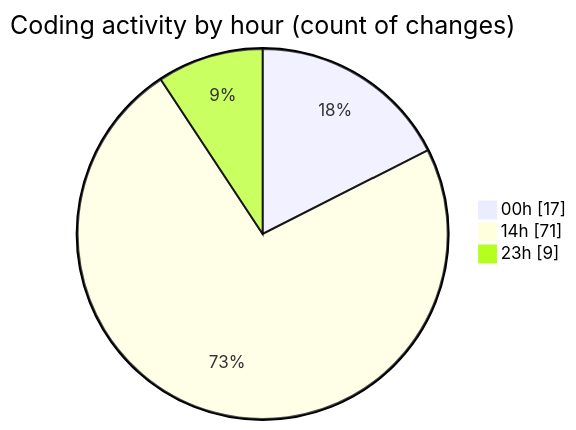
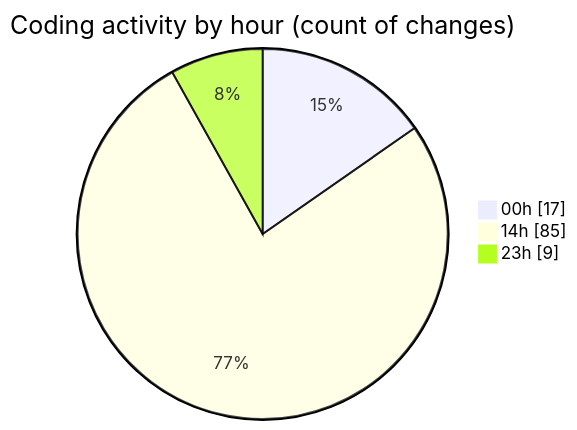
Before and after one commit to Ritupan-Deka/code-tracking: the second of 2 diagrams in 2025-07-20/mern-workoutboard/README.md, drawn with Mermaid. The commit also changed other lines of this file and 1 other file, not shown here.

````diff
--- a/2025-07-20/mern-workoutboard/README.md
+++ b/2025-07-20/mern-workoutboard/README.md
@@ -30,7 +31,7 @@
 ```mermaid
 pie showData
 title Coding activity by hour (count of changes)
 "00h" : 17
-"14h" : 71
+"14h" : 85
 "23h" : 9
 ```
````
